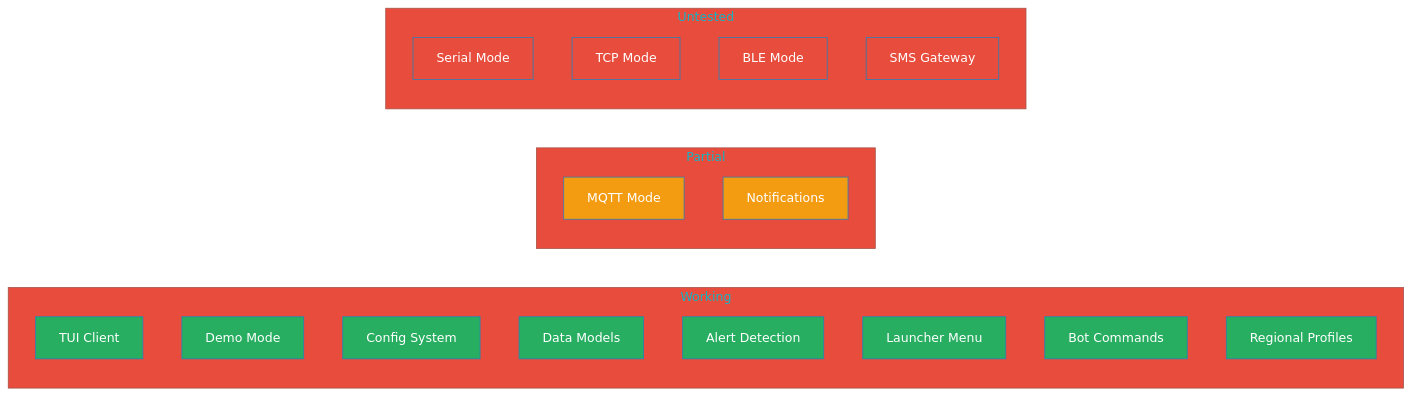
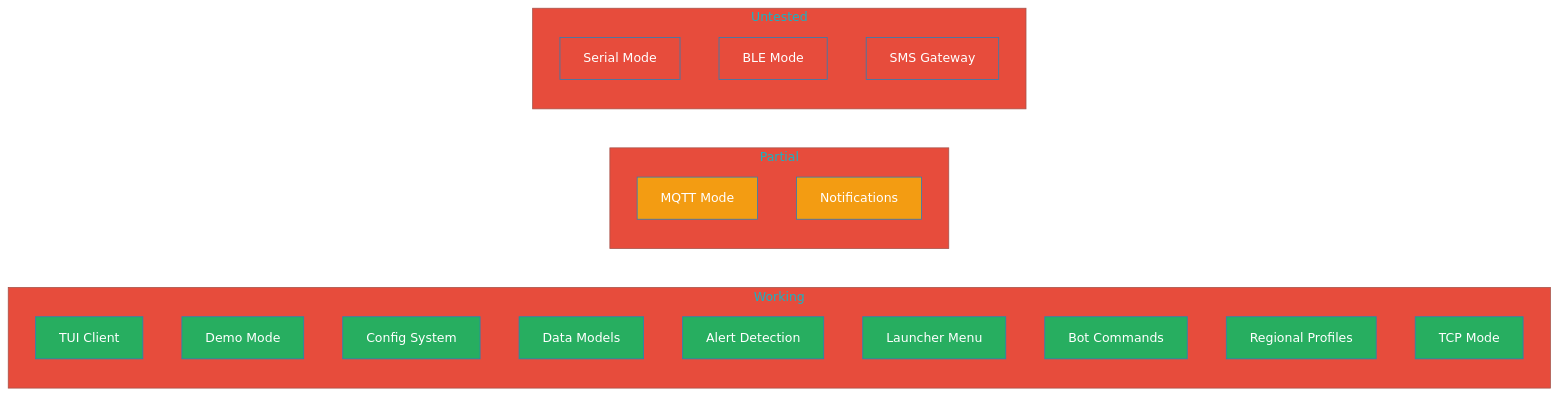
Before and after one commit to Nursedude/meshing_around_meshforge: the first of 5 diagrams in README.md, drawn with Mermaid. The commit also changed other lines of this file and 3 other files, not shown here.

````diff
--- a/README.md
+++ b/README.md
@@ -50,41 +50,41 @@
 ```mermaid
 %%{init: {'theme': 'base', 'themeVariables': { 'primaryColor': '#4a9eff', 'primaryTextColor': '#fff', 'primaryBorderColor': '#2980b9', 'lineColor': '#666', 'secondaryColor': '#27ae60', 'tertiaryColor': '#e74c3c'}}}%%
 graph LR
     subgraph "Working"
         TUI[TUI Client]
         DEMO[Demo Mode]
         CFG[Config System]
         MODELS[Data Models]
         ALERTS[Alert Detection]
         LAUNCH[Launcher Menu]
         CMDS[Bot Commands]
         PROF[Regional Profiles]
+        TCP[TCP Mode]
     end
 
     subgraph "Partial"
         MQTT[MQTT Mode]
         NOTIFY[Notifications]
     end
 
     subgraph "Untested"
         SERIAL[Serial Mode]
-        TCP[TCP Mode]
         BLE[BLE Mode]
         SMS[SMS Gateway]
     end
 
     style TUI fill:#27ae60,color:#fff
     style DEMO fill:#27ae60,color:#fff
     style CFG fill:#27ae60,color:#fff
     style MODELS fill:#27ae60,color:#fff
     style ALERTS fill:#27ae60,color:#fff
     style LAUNCH fill:#27ae60,color:#fff
     style MQTT fill:#f39c12,color:#fff
     style NOTIFY fill:#f39c12,color:#fff
     style CMDS fill:#27ae60,color:#fff
     style PROF fill:#27ae60,color:#fff
     style SERIAL fill:#e74c3c,color:#fff
-    style TCP fill:#e74c3c,color:#fff
+    style TCP fill:#27ae60,color:#fff
     style BLE fill:#e74c3c,color:#fff
     style SMS fill:#e74c3c,color:#fff
 ```
````
